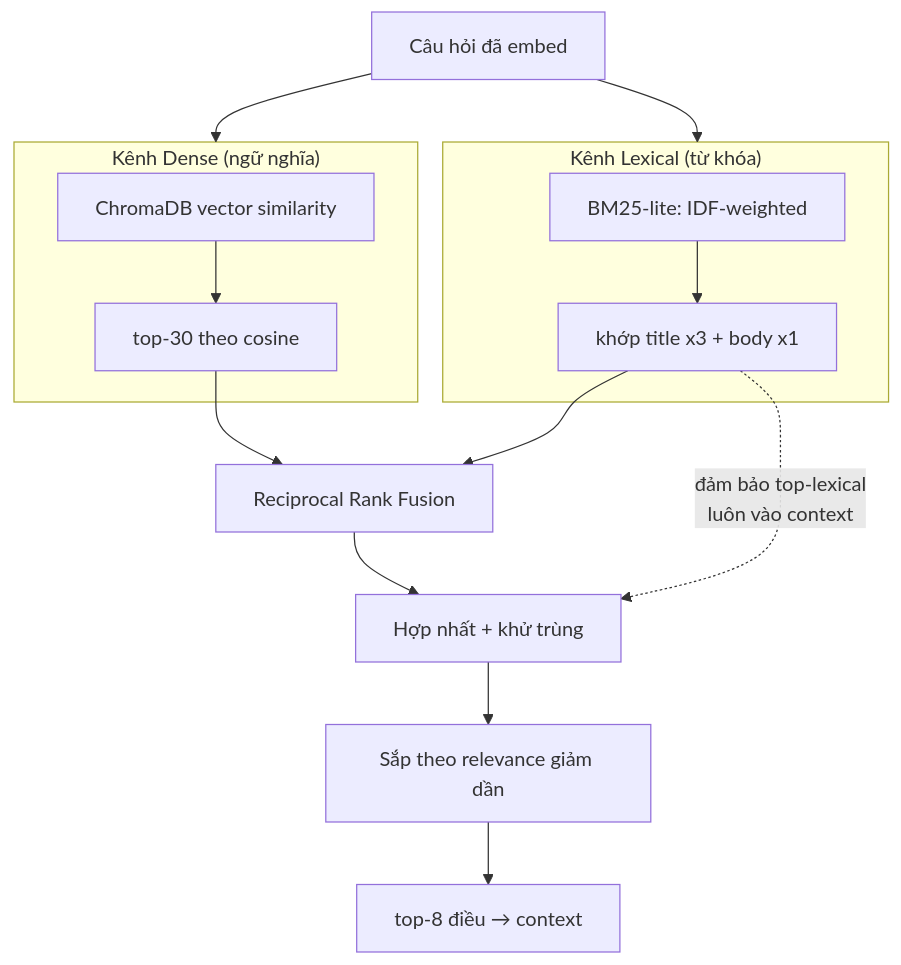
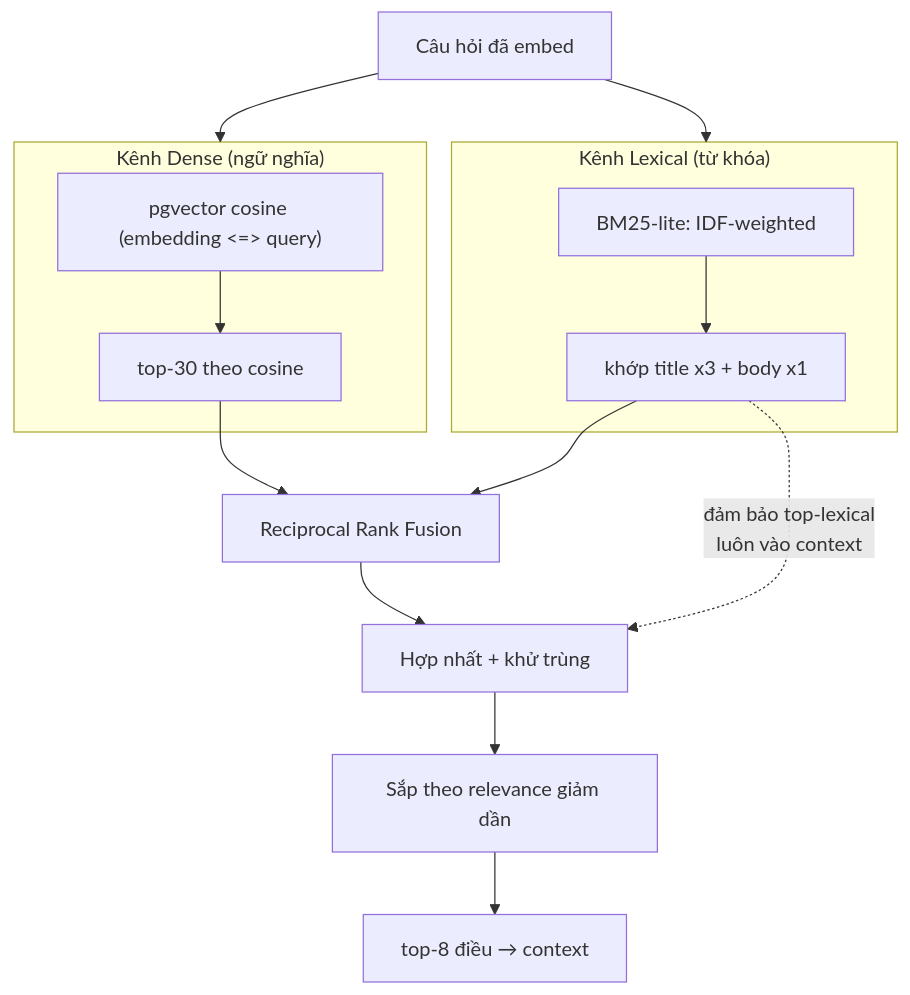
The fifth of 5 diagrams in docs/architecture.md (hoanghainh1188/vn-legal-ai-assistant), drawn with Mermaid before and after one commit. The commit also changed other lines of this file and 31 other files, not shown here.

First line of the commit message:
feat(003): migrate kho vector ChromaDB → Postgres + pgvector (Pha 1)

````diff
--- a/docs/architecture.md
+++ b/docs/architecture.md
@@ -161,21 +164,21 @@
 ```mermaid
 flowchart TB
     Q["Câu hỏi đã embed"] --> Dense
     Q --> Lexical
 
     subgraph Dense["Kênh Dense (ngữ nghĩa)"]
-        D1["ChromaDB vector similarity"] --> D2["top-30 theo cosine"]
+        D1["pgvector cosine (embedding <=> query)"] --> D2["top-30 theo cosine"]
     end
 
     subgraph Lexical["Kênh Lexical (từ khóa)"]
         L1["BM25-lite: IDF-weighted"] --> L2["khớp title x3 + body x1"]
     end
 
     D2 --> RRF["Reciprocal Rank Fusion"]
     L2 --> RRF
     L2 -. "đảm bảo top-lexical<br/>luôn vào context" .-> Merge
 
     RRF --> Merge["Hợp nhất + khử trùng"]
     Merge --> Sort["Sắp theo relevance giảm dần"]
     Sort --> Out["top-8 điều → context"]
 ```
````
